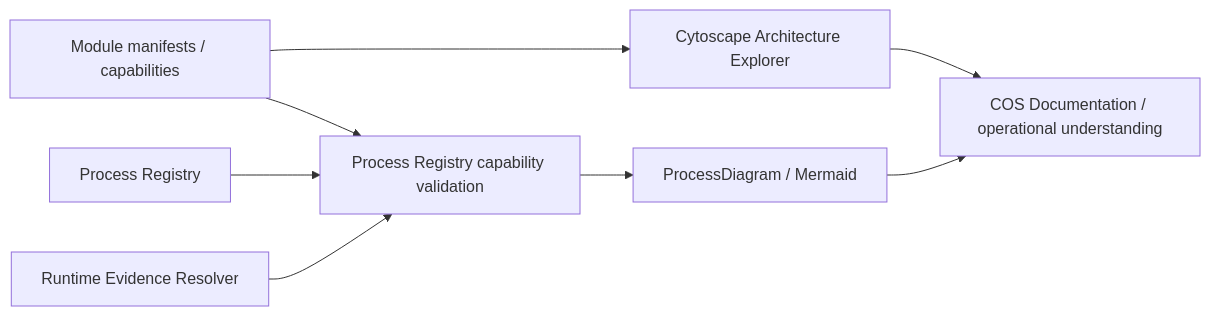
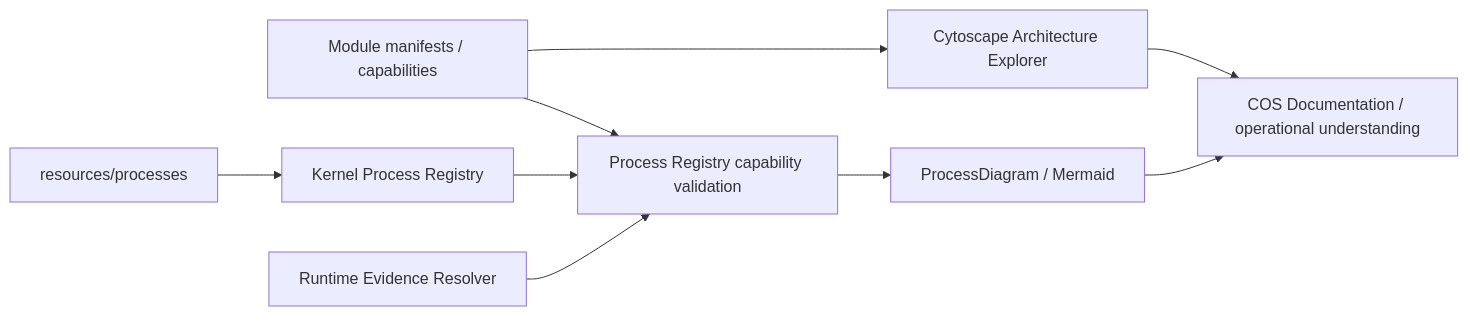
One commit to Murakhovsky/TerraNova2026 changed the diagram in docs/02-workflows/business-process-modeling.md. Above: the diagram before and after it, drawn with Mermaid. The commit also changed other lines of this file, not shown here.

Commit message:
Process V0.1 — document platform-owned Process Registry

````diff
--- a/docs/02-workflows/business-process-modeling.md
+++ b/docs/02-workflows/business-process-modeling.md
@@ -186,10 +196,11 @@
 ```mermaid
 flowchart LR
+    P[resources/processes] --> K[Kernel Process Registry]
     A[Module manifests / capabilities] --> B[Cytoscape Architecture Explorer]
     A --> C[Process Registry capability validation]
-    D[Process Registry] --> C
+    K --> C
     E[Runtime Evidence Resolver] --> C
     C --> F[ProcessDiagram / Mermaid]
     B --> G[COS Documentation / operational understanding]
     F --> G
 ```
````
